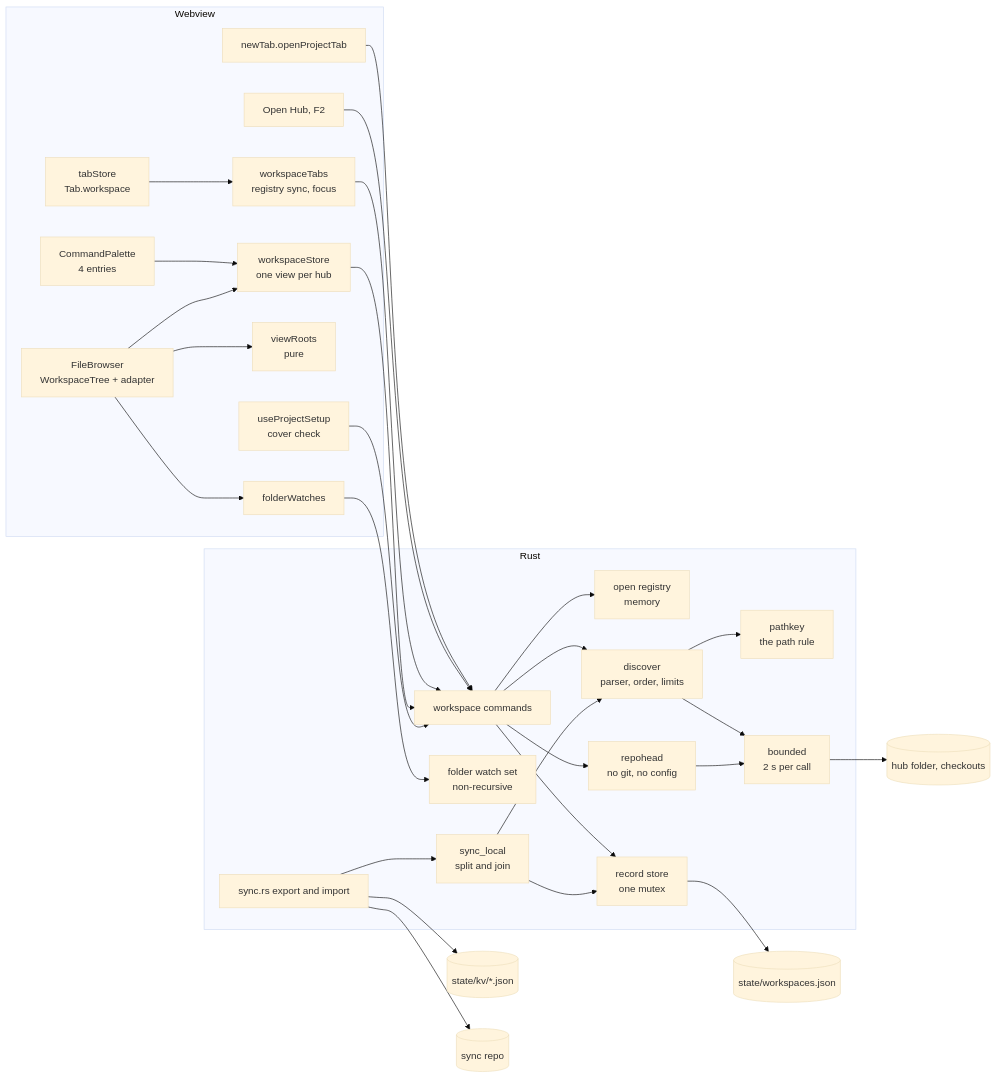
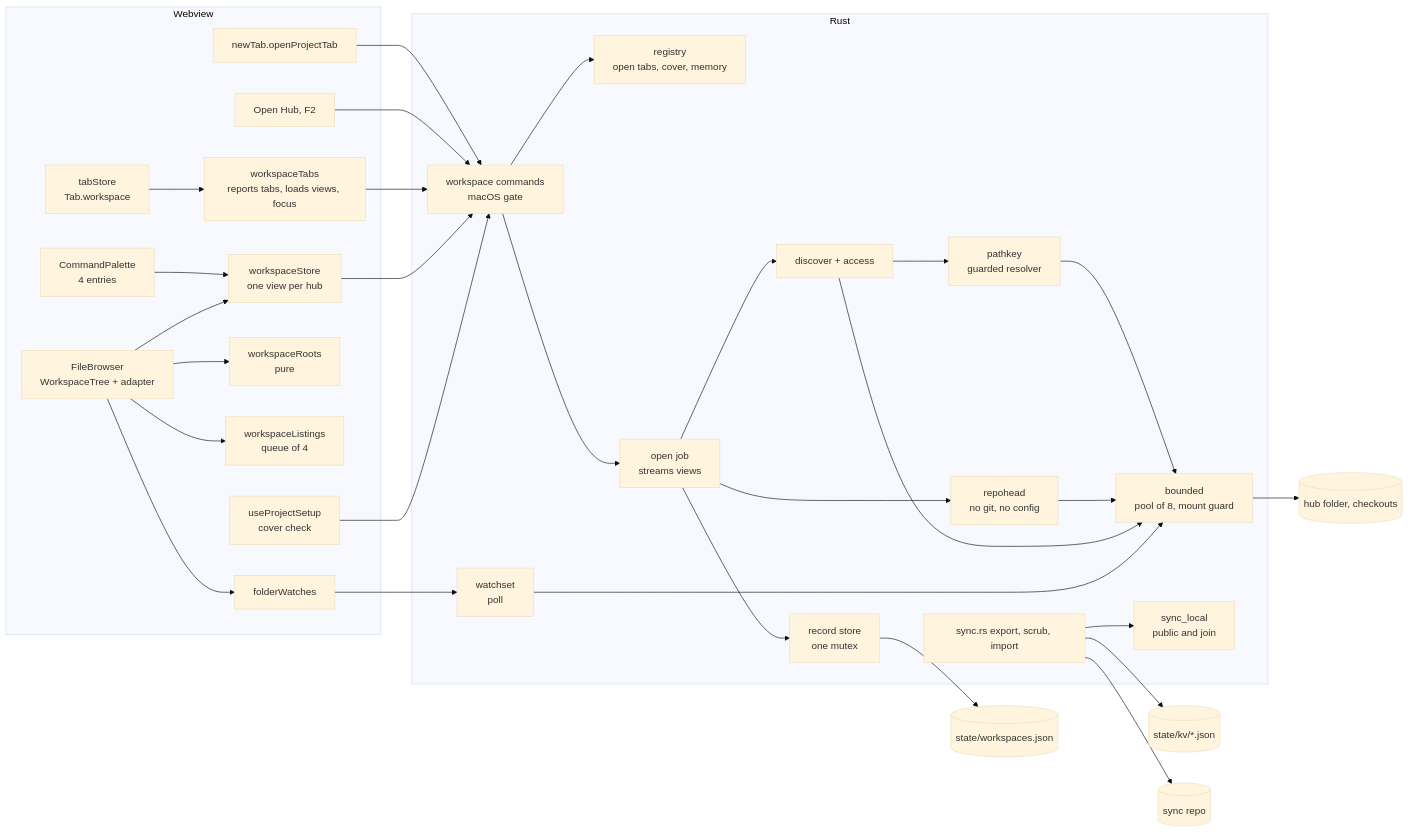
The first of 2 diagrams in docs/superpowers/specs/2026-11-15-workspaces-design.md (alvin-reyes/better-agentic-ide), drawn with Mermaid (base theme) before and after one commit. The commit also changed other lines of this file and 2 other files, not shown here.

````diff
--- a/docs/superpowers/specs/2026-11-15-workspaces-design.md
+++ b/docs/superpowers/specs/2026-11-15-workspaces-design.md
@@ -53,54 +63,58 @@
 ```mermaid
 flowchart LR
   subgraph Webview
     NT[newTab.openProjectTab]
     OH[Open Hub, F2]
     TS[tabStore<br/>Tab.workspace]
-    WT[workspaceTabs<br/>registry sync, focus]
+    WT[workspaceTabs<br/>reports tabs, loads views, focus]
     WS[workspaceStore<br/>one view per hub]
-    VR[viewRoots<br/>pure]
+    VR[workspaceRoots<br/>pure]
     FB[FileBrowser<br/>WorkspaceTree + adapter]
+    WL[workspaceListings<br/>queue of 4]
     FW[folderWatches]
     CP[CommandPalette<br/>4 entries]
     PS[useProjectSetup<br/>cover check]
   end
   subgraph Rust
-    CMD[workspace commands]
-    REG[open registry<br/>memory]
+    CMD[workspace commands<br/>macOS gate]
+    REG[registry<br/>open tabs, cover, memory]
     REC[record store<br/>one mutex]
-    DISC[discover<br/>parser, order, limits]
+    OPEN[open job<br/>streams views]
+    DISC[discover + access]
     HEAD[repohead<br/>no git, no config]
-    PK[pathkey<br/>the path rule]
-    BD[bounded<br/>2 s per call]
-    WSET[folder watch set<br/>non-recursive]
-    SL[sync_local<br/>split and join]
-    SY[sync.rs export and import]
+    PK[pathkey<br/>guarded resolver]
+    BD[bounded<br/>pool of 8, mount guard]
+    WSET[watchset<br/>poll]
+    SL[sync_local<br/>public and join]
+    SY[sync.rs export, scrub, import]
   end
   FILE[(state/workspaces.json)]
   KV[(state/kv/*.json)]
   REPO[(sync repo)]
   HUB[(hub folder, checkouts)]
 
   NT --> CMD
   OH --> CMD
   TS --> WT --> CMD
   WS --> CMD
   CP --> WS
   FB --> WS
   FB --> VR
+  FB --> WL
   FB --> FW --> WSET
   PS --> CMD
   CMD --> REG
-  CMD --> REC --> FILE
-  CMD --> DISC
-  CMD --> HEAD
+  CMD --> OPEN
+  OPEN --> REC --> FILE
+  OPEN --> DISC
+  OPEN --> HEAD
   DISC --> PK
+  PK --> BD
+  HEAD --> BD
   DISC --> BD
-  HEAD --> BD
+  WSET --> BD
   BD --> HUB
   SY --> SL
-  SL --> REC
-  SL --> DISC
   SY --> KV
   SY --> REPO
 ```
````
